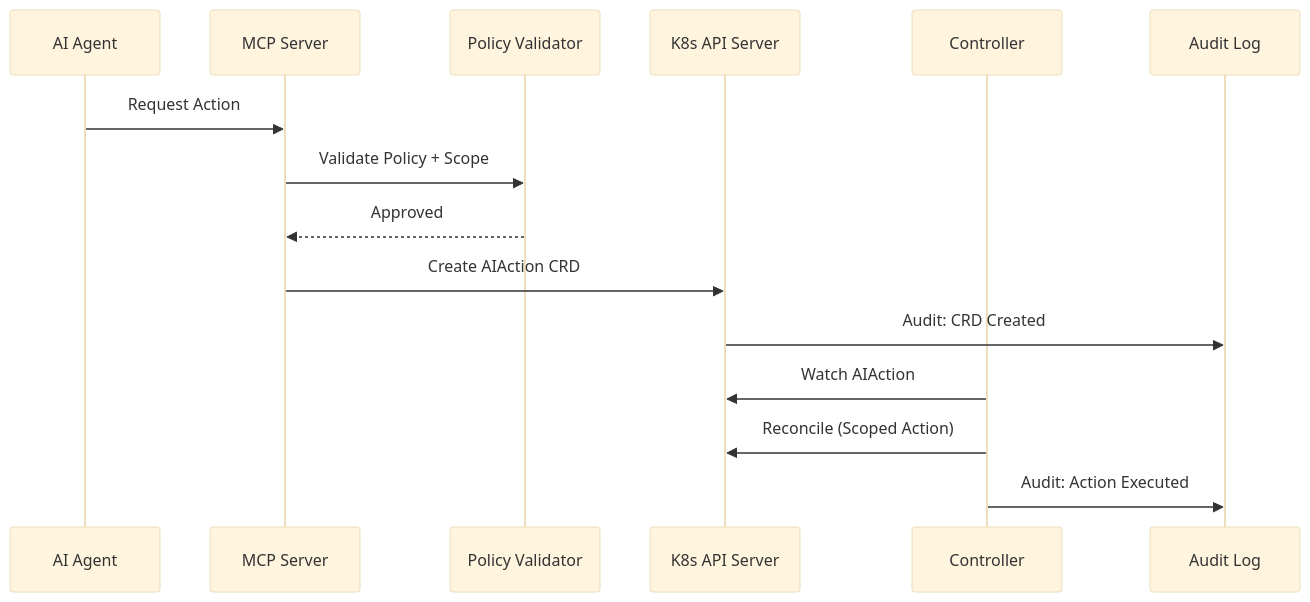
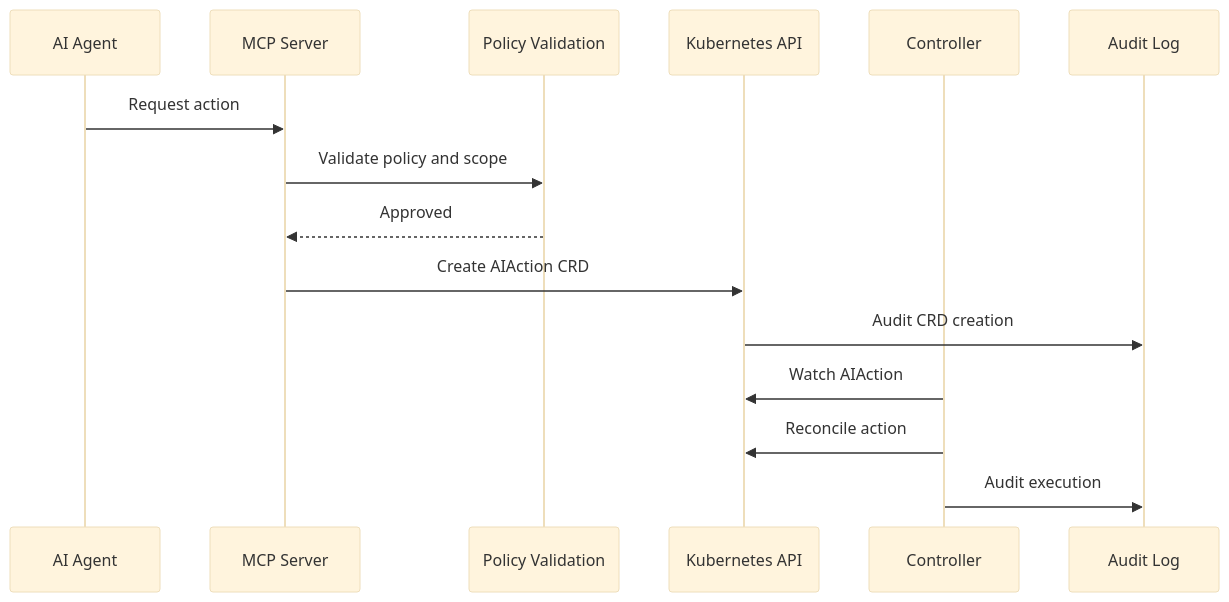
The third of 8 diagrams in openai/mcp/labs__.md (babywyrm/sysadmin), drawn with Mermaid (base theme) before and after one commit. The commit also changed other lines of this file, not shown here.

````diff
--- a/openai/mcp/labs__.md
+++ b/openai/mcp/labs__.md
@@ -120,18 +113,18 @@
 ```mermaid
 sequenceDiagram
     participant AI as AI Agent
     participant MCP as MCP Server
-    participant VAL as Policy Validator
-    participant API as K8s API Server
+    participant VAL as Policy Validation
+    participant API as Kubernetes API
     participant CTRL as Controller
     participant AUD as Audit Log
 
-    AI->>MCP: Request Action
-    MCP->>VAL: Validate Policy + Scope
+    AI->>MCP: Request action
+    MCP->>VAL: Validate policy and scope
     VAL-->>MCP: Approved
     MCP->>API: Create AIAction CRD
-    API->>AUD: Audit: CRD Created
+    API->>AUD: Audit CRD creation
     CTRL->>API: Watch AIAction
-    CTRL->>API: Reconcile (Scoped Action)
-    CTRL->>AUD: Audit: Action Executed
+    CTRL->>API: Reconcile action
+    CTRL->>AUD: Audit execution
 ```
````
